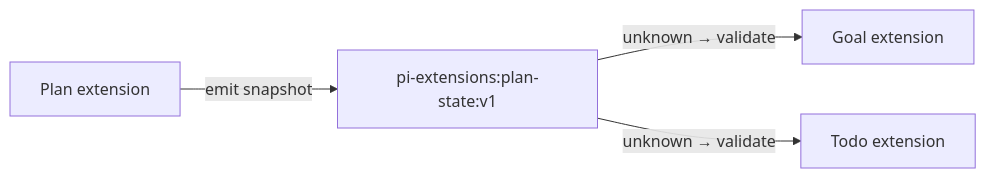
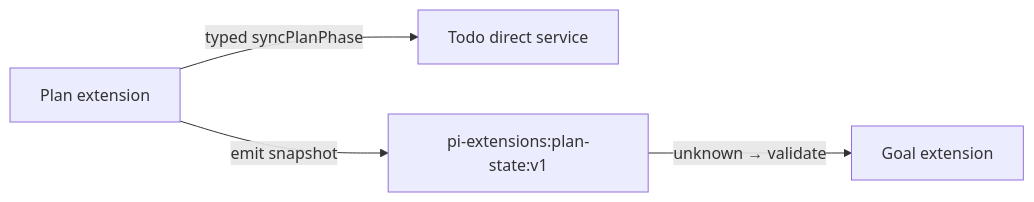
Before and after one commit to jaronic/pi-extensions: diagram 14 of 19 in docs/design/04-extension-system.md, drawn with Mermaid. The commit also changed other lines of this file and 32 other files, not shown here.

Commit message:
feat(plan): compose Request and Todo services

````diff
--- a/docs/design/04-extension-system.md
+++ b/docs/design/04-extension-system.md
@@ -341,11 +341,11 @@
 ```mermaid
 flowchart LR
     Plan[Plan extension]
+    Todo[Todo direct service]
     Channel[pi-extensions:plan-state:v1]
     Goal[Goal extension]
-    Todo[Todo extension]
 
+    Plan -->|typed syncPlanPhase| Todo
     Plan -->|emit snapshot| Channel
     Channel -->|unknown → validate| Goal
-    Channel -->|unknown → validate| Todo
 ```
````
